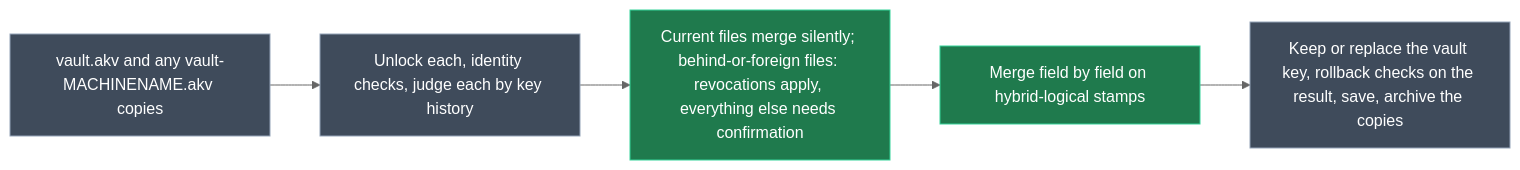
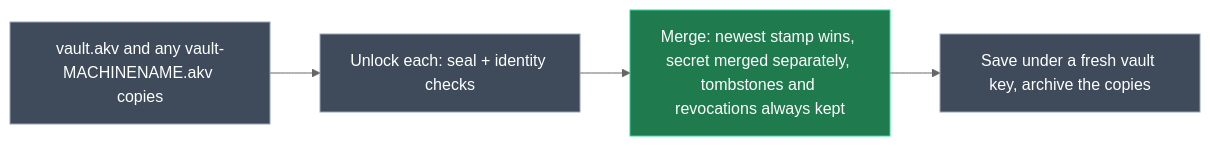
The fourth of 5 diagrams in intent/.plans/2026-10-05-apikeyvault-cryptography-persistence-des.md (dandrejvv/ApiKeyVault), drawn with Mermaid (neutral theme) before and after one commit. The commit also changed other lines of this file, not shown here.

Commit message:
Simplify ApiKeyVault design plan for single-user scope: drop key-history pinning, add protected passphrase/recovery/this-device lockboxes and multi-device removal

````diff
--- a/intent/.plans/2026-10-05-apikeyvault-cryptography-persistence-des.md
+++ b/intent/.plans/2026-10-05-apikeyvault-cryptography-persistence-des.md
@@ -341,9 +368,8 @@
 ```mermaid
 flowchart LR
   classDef existing fill:#3f4b5b,stroke:#94a3b8,color:#ffffff
   classDef added fill:#1f7a4d,stroke:#34d399,color:#ffffff
-  A[vault.akv and any vault-MACHINENAME.akv copies]:::existing --> B[Unlock each, identity checks, judge each by key history]:::existing
-  B --> C[Current files merge silently; behind-or-foreign files: revocations apply, everything else needs confirmation]:::added
-  C --> D[Merge field by field on hybrid-logical stamps]:::added
-  D --> E[Keep or replace the vault key, rollback checks on the result, save, archive the copies]:::existing
+  A[vault.akv and any vault-MACHINENAME.akv copies]:::existing --> B[Unlock each: seal + identity checks]:::existing
+  B --> C[Merge: newest stamp wins, secret merged separately, tombstones and revocations always kept]:::added
+  C --> D[Save under a fresh vault key, archive the copies]:::existing
 ```
````
